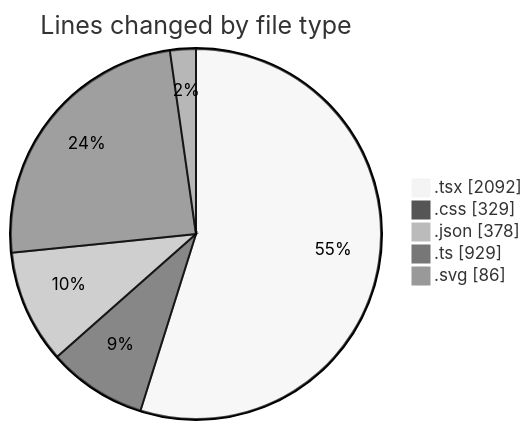
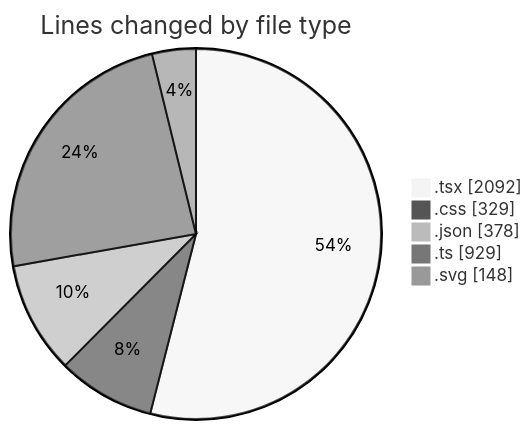
Before and after one commit to julien-gomy/code-tracking: the first of 2 diagrams in 2025-10-10/eventscop-frontend-guide__workspace_/README.md, drawn with Mermaid (neutral theme). The commit also changed other lines of this file and 1 other file, not shown here.

````diff
--- a/2025-10-10/eventscop-frontend-guide__workspace_/README.md
+++ b/2025-10-10/eventscop-frontend-guide__workspace_/README.md
@@ -36,9 +37,9 @@
 ```mermaid
 pie showData
 title Lines changed by file type
 ".tsx" : 2092
 ".css" : 329
 ".json" : 378
 ".ts" : 929
-".svg" : 86
+".svg" : 148
 ```
````
